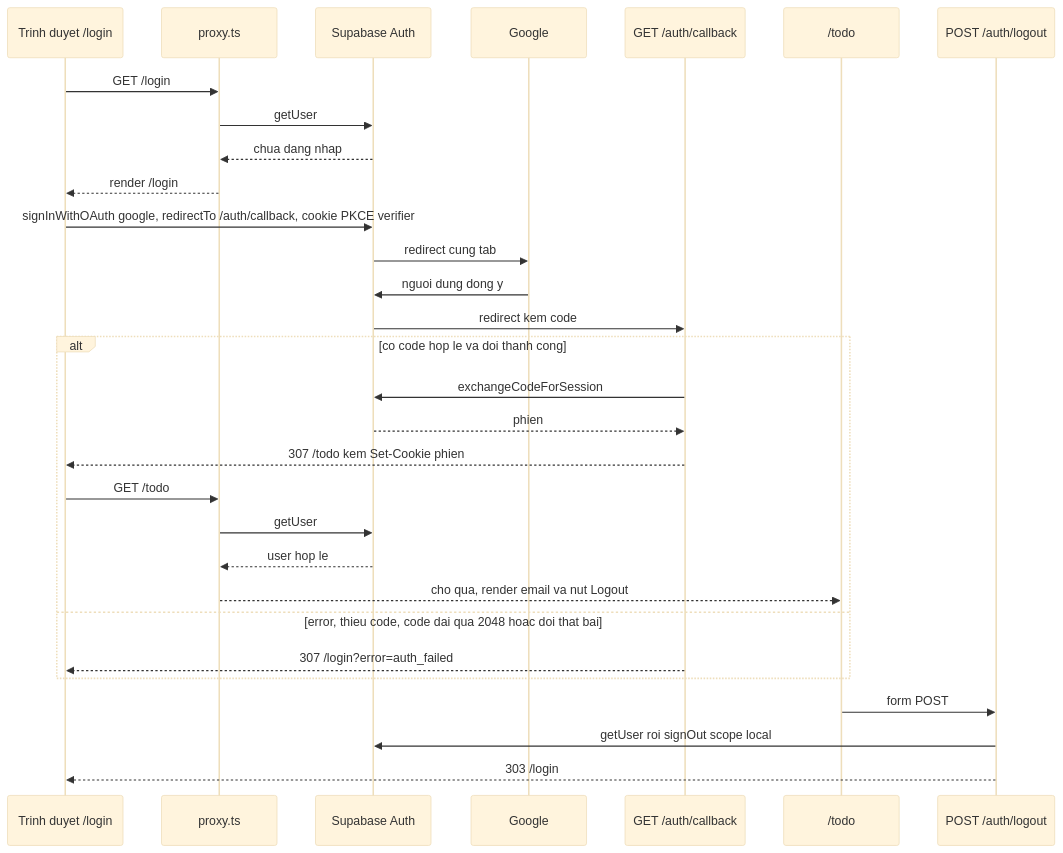
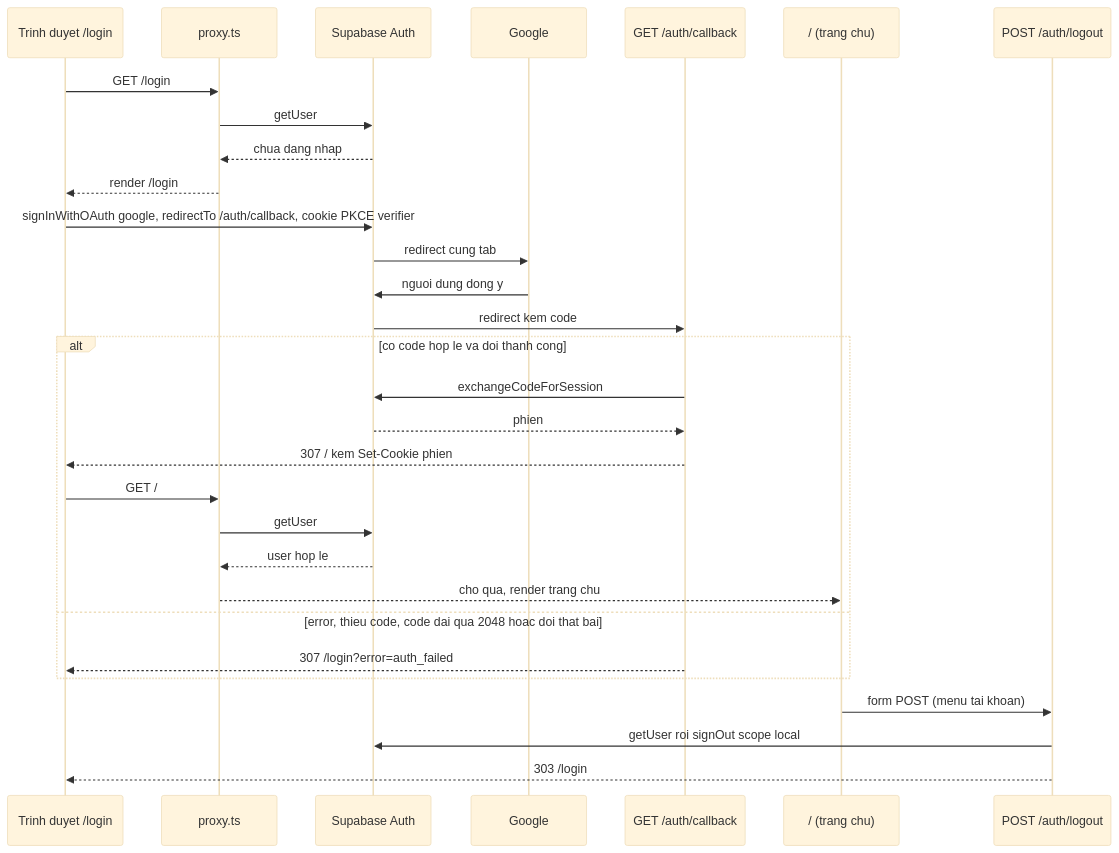
The second of 2 diagrams in docs/system/architecture.md (ngocnv-0940/agentic-coding-hands-on), drawn with Mermaid (base theme) before and after one commit. The commit also changed other lines of this file and 19 other files, not shown here.

````diff
--- a/docs/system/architecture.md
+++ b/docs/system/architecture.md
@@ -82,33 +85,33 @@
 ```mermaid
 sequenceDiagram
     participant U as Trinh duyet /login
     participant PX as proxy.ts
     participant SB as Supabase Auth
     participant G as Google
     participant CB as GET /auth/callback
-    participant T as /todo
+    participant T as / (trang chu)
     participant LO as POST /auth/logout
 
     U->>PX: GET /login
     PX->>SB: getUser
     SB-->>PX: chua dang nhap
     PX-->>U: render /login
     U->>SB: signInWithOAuth google, redirectTo /auth/callback, cookie PKCE verifier
     SB->>G: redirect cung tab
     G->>SB: nguoi dung dong y
     SB->>CB: redirect kem code
     alt co code hop le va doi thanh cong
         CB->>SB: exchangeCodeForSession
         SB-->>CB: phien
-        CB-->>U: 307 /todo kem Set-Cookie phien
-        U->>PX: GET /todo
+        CB-->>U: 307 / kem Set-Cookie phien
+        U->>PX: GET /
         PX->>SB: getUser
         SB-->>PX: user hop le
-        PX-->>T: cho qua, render email va nut Logout
+        PX-->>T: cho qua, render trang chu
     else error, thieu code, code dai qua 2048 hoac doi that bai
         CB-->>U: 307 /login?error=auth_failed
     end
-    T->>LO: form POST
+    T->>LO: form POST (menu tai khoan)
     LO->>SB: getUser roi signOut scope local
     LO-->>U: 303 /login
 ```
````
